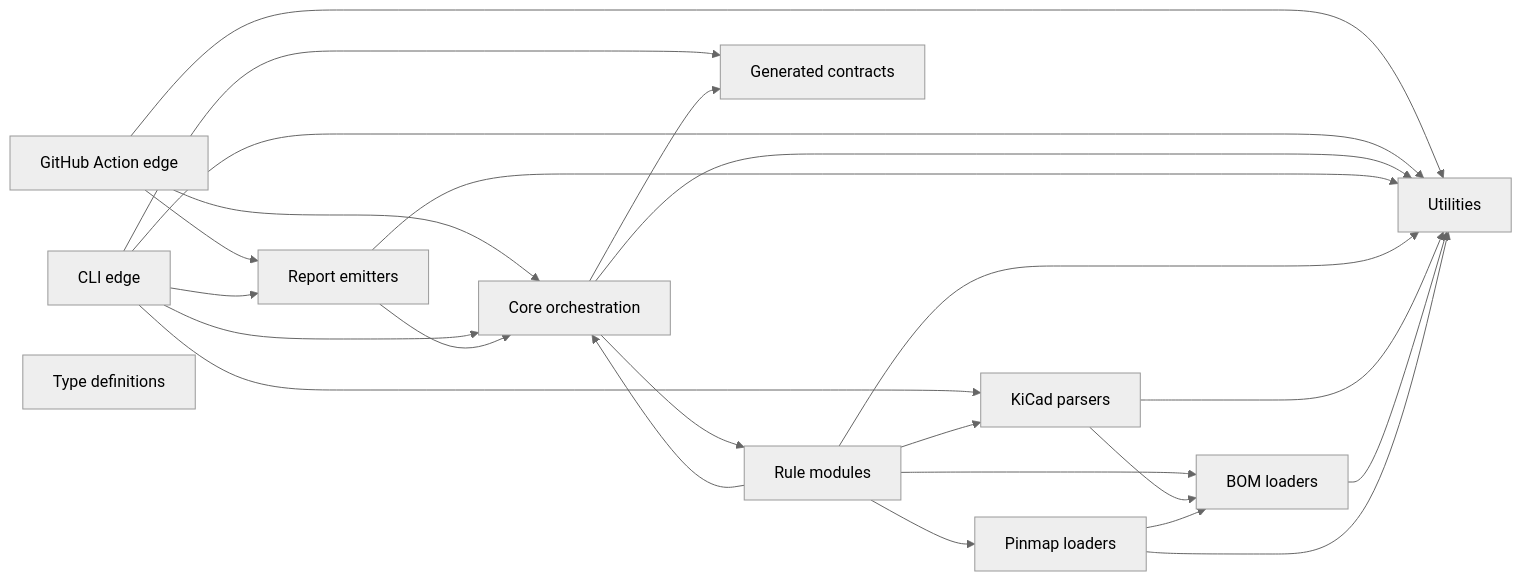
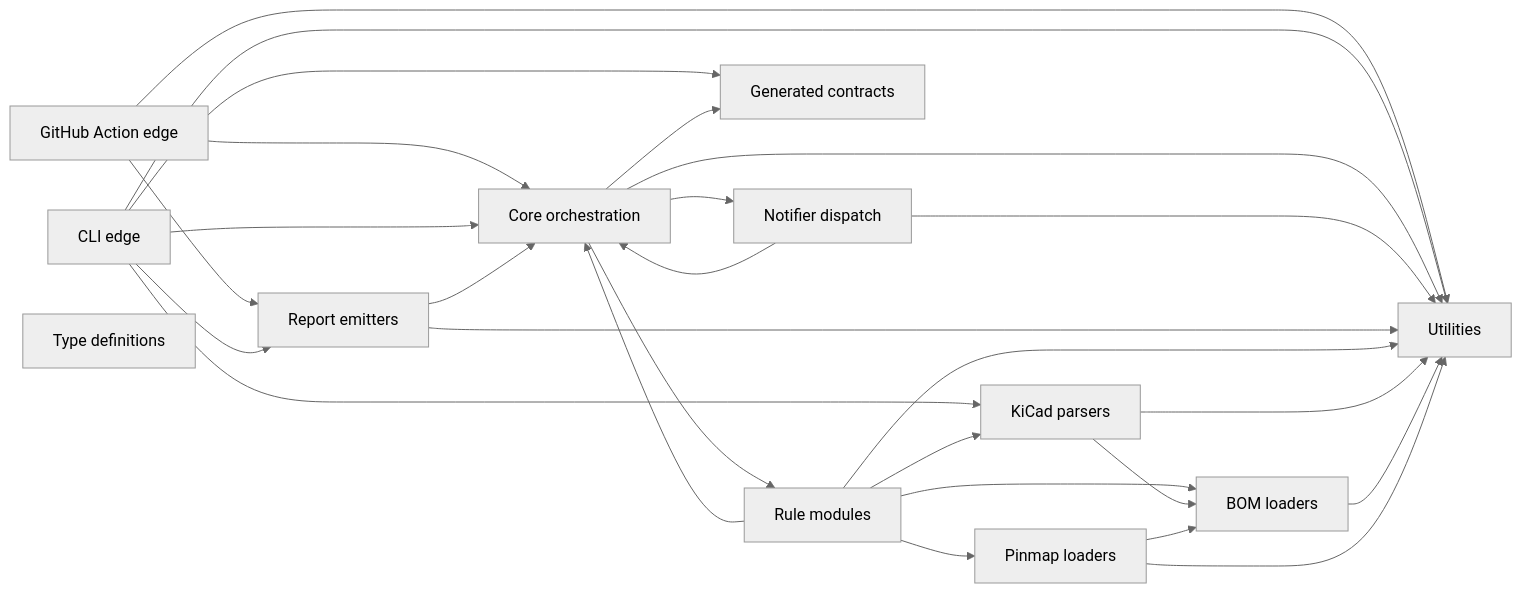
Before and after one commit to actions-marketplace-validations/oaslananka_boardreadyops: the diagram in docs/architecture/overview.md, drawn with Mermaid (neutral theme). The commit also changed other lines of this file and 25 other files, not shown here.

First line of the commit message:
feat(core): add notifier framework

````diff
--- a/docs/architecture/overview.md
+++ b/docs/architecture/overview.md
@@ -9,39 +9,43 @@
 ```mermaid
 flowchart LR
   action["GitHub Action edge"]
   cli["CLI edge"]
   core["Core orchestration"]
   rules["Rule modules"]
   report["Report emitters"]
+  notifiers["Notifier dispatch"]
   kicad["KiCad parsers"]
   bom["BOM loaders"]
   pinmap["Pinmap loaders"]
   generated["Generated contracts"]
   types["Type definitions"]
   util["Utilities"]
 
   action --> core
   action --> report
   cli --> core
   cli --> report
   cli --> kicad
   cli --> generated
   core --> rules
   core --> generated
+  core --> notifiers
   report --> core
+  notifiers --> core
   rules --> core
   rules --> kicad
   rules --> bom
   rules --> pinmap
   kicad --> bom
   pinmap --> bom
 
   action --> util
   cli --> util
   core --> util
+  notifiers --> util
   report --> util
   rules --> util
   kicad --> util
   bom --> util
   pinmap --> util
 ```
````
